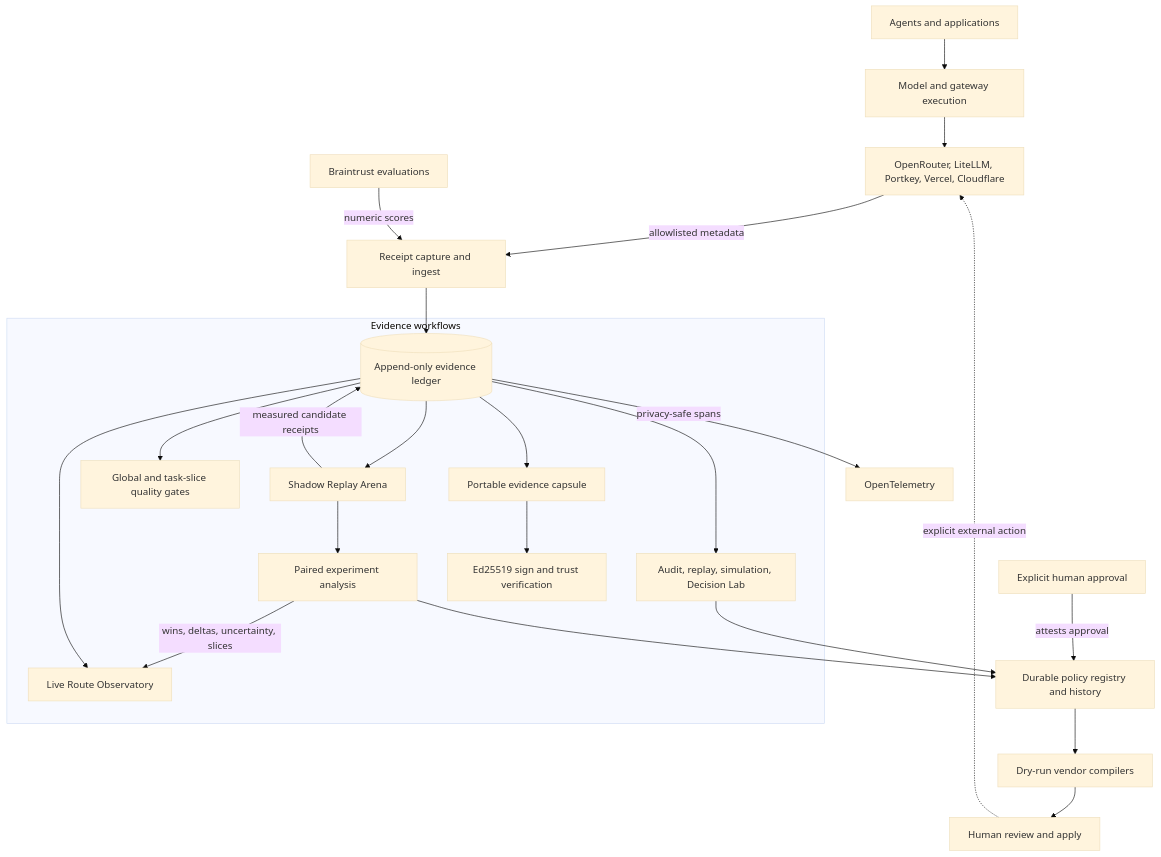
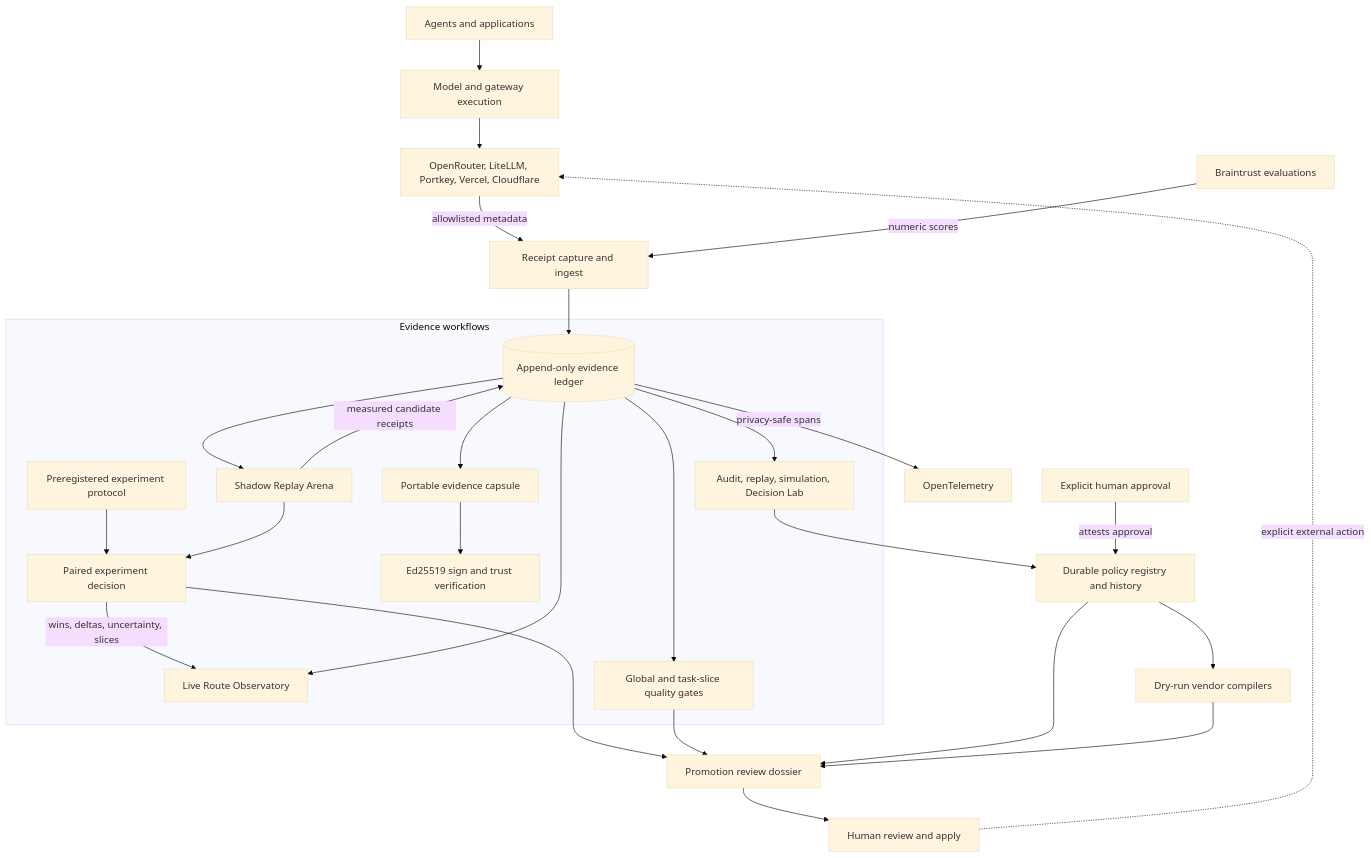
One commit to abhid1234/AgentRoute changed the diagram in diagrams/agentroute-integration-plane.mmd. Above: the diagram before and after it, drawn with Mermaid (base theme). The commit also changed 6 other files, not shown here.

```diff
--- a/diagrams/agentroute-integration-plane.mmd
+++ b/diagrams/agentroute-integration-plane.mmd
@@ -1,26 +1,30 @@
 flowchart TB
   APP[Agents and applications] --> EXEC[Model and gateway execution]
   EXEC --> SOURCES[OpenRouter, LiteLLM, Portkey, Vercel, Cloudflare]
   SOURCES -->|allowlisted metadata| CAPTURE[Receipt capture and ingest]
   BRAIN[Braintrust evaluations] -->|numeric scores| CAPTURE
   CAPTURE --> LEDGER[(Append-only evidence ledger)]
 
   subgraph evidence[Evidence workflows]
     LEDGER --> ANALYZE[Audit, replay, simulation, Decision Lab]
     LEDGER --> ARENA[Shadow Replay Arena]
     ARENA -->|measured candidate receipts| LEDGER
-    ARENA --> EXPERIMENT[Paired experiment analysis]
+    PROTOCOL[Preregistered experiment protocol] --> EXPERIMENT[Paired experiment decision]
+    ARENA --> EXPERIMENT
     EXPERIMENT -->|wins, deltas, uncertainty, slices| OBS[Live Route Observatory]
     LEDGER --> OBS
     LEDGER --> GATE[Global and task-slice quality gates]
     LEDGER --> CAPSULE[Portable evidence capsule]
     CAPSULE --> SIGN[Ed25519 sign and trust verification]
   end
 
   ANALYZE --> POLICY[Durable policy registry and history]
-  EXPERIMENT --> POLICY
   HUMAN[Explicit human approval] -->|attests approval| POLICY
   POLICY --> COMPILE[Dry-run vendor compilers]
-  COMPILE --> REVIEW[Human review and apply]
+  EXPERIMENT --> DOSSIER[Promotion review dossier]
+  GATE --> DOSSIER
+  POLICY --> DOSSIER
+  COMPILE --> DOSSIER
+  DOSSIER --> REVIEW[Human review and apply]
   REVIEW -. explicit external action .-> SOURCES
   LEDGER -->|privacy-safe spans| OTEL[OpenTelemetry]
```
